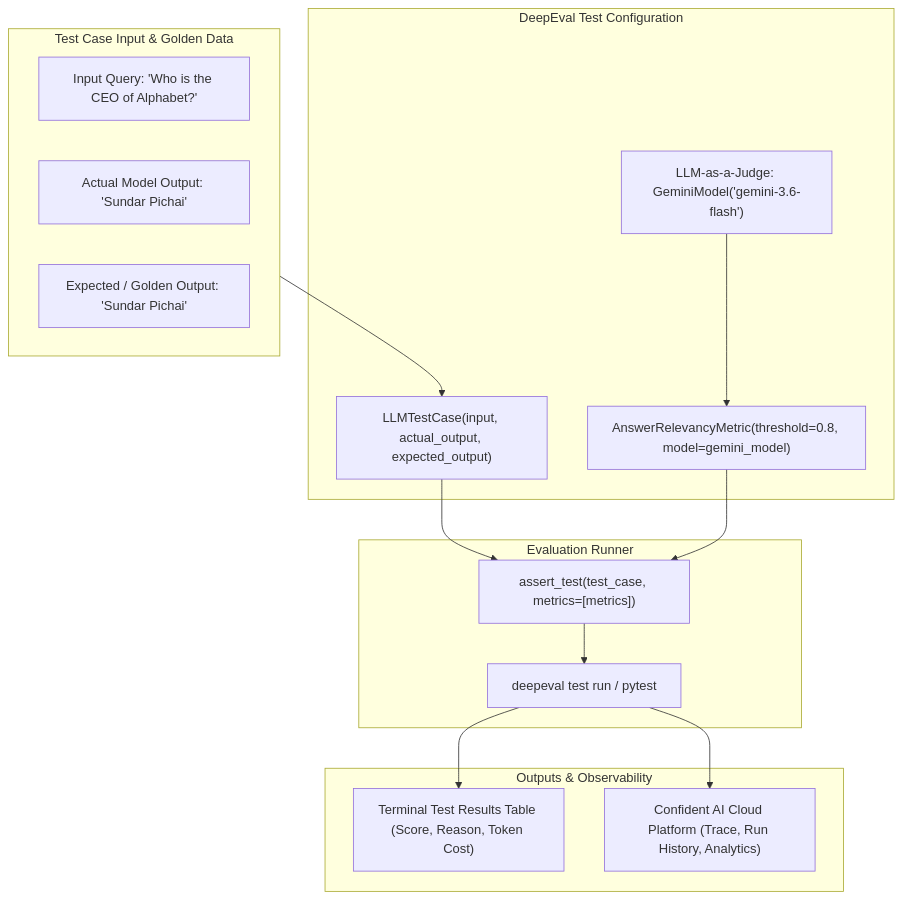
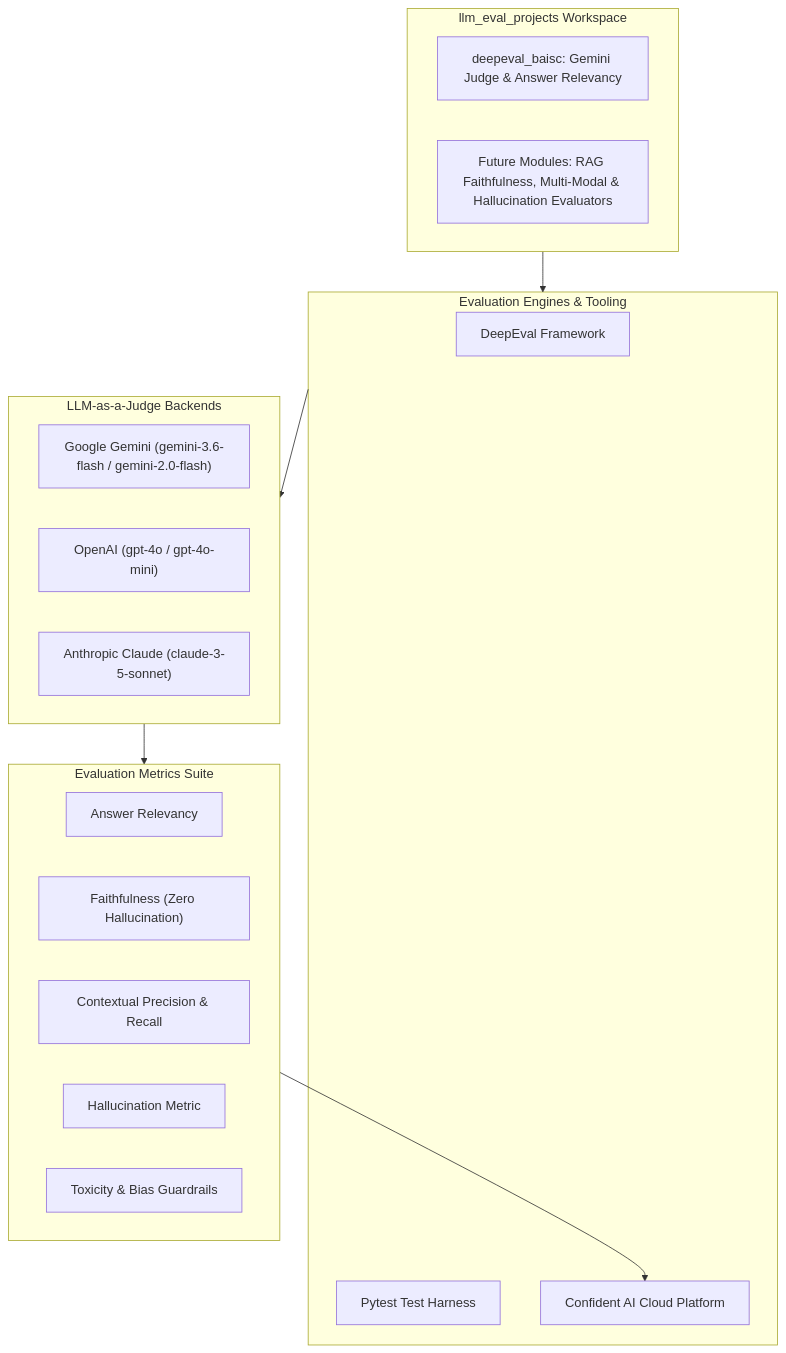
One commit to amithtg-199/AI-Automation-Projects changed the diagram in llm_eval_projects/README.md. Above: the diagram before and after it, drawn with Mermaid. The commit also changed other lines of this file and 1 other file, not shown here.

Commit message:
docs(llm_eval): add parent llm_eval_projects README and independent deepeval_baisc README

````diff
--- a/llm_eval_projects/README.md
+++ b/llm_eval_projects/README.md
@@ -21,32 +31,32 @@
 ```mermaid
 flowchart TD
-    subgraph Inputs ["Test Case Input & Golden Data"]
-        IN["Input Query: 'Who is the CEO of Alphabet?'"]
-        ACT["Actual Model Output: 'Sundar Pichai'"]
-        EXP["Expected / Golden Output: 'Sundar Pichai'"]
+    subgraph Suite ["llm_eval_projects Workspace"]
+        P1["deepeval_baisc: Gemini Judge & Answer Relevancy"]
+        P2["Future Modules: RAG Faithfulness, Multi-Modal & Hallucination Evaluators"]
     end
 
-    subgraph EvalSetup ["DeepEval Test Configuration"]
-        TC["LLMTestCase(input, actual_output, expected_output)"]
-        JUDGE["LLM-as-a-Judge: GeminiModel('gemini-3.6-flash')"]
-        METRIC["AnswerRelevancyMetric(threshold=0.8, model=gemini_model)"]
+    subgraph Frameworks ["Evaluation Engines & Tooling"]
+        DE["DeepEval Framework"]
+        PY["Pytest Test Harness"]
+        CF["Confident AI Cloud Platform"]
     end
 
-    subgraph ExecEngine ["Evaluation Runner"]
-        PYTEST["deepeval test run / pytest"]
-        ASSERT["assert_test(test_case, metrics=[metrics])"]
+    subgraph LLMJudges ["LLM-as-a-Judge Backends"]
+        GEM["Google Gemini (gemini-3.6-flash / gemini-2.0-flash)"]
+        OAI["OpenAI (gpt-4o / gpt-4o-mini)"]
+        CL["Anthropic Claude (claude-3-5-sonnet)"]
     end
 
-    subgraph Reporting ["Outputs & Observability"]
-        TERM["Terminal Test Results Table (Score, Reason, Token Cost)"]
-        CONF["Confident AI Cloud Platform (Trace, Run History, Analytics)"]
+    subgraph Metrics ["Evaluation Metrics Suite"]
+        M1["Answer Relevancy"]
+        M2["Faithfulness (Zero Hallucination)"]
+        M3["Contextual Precision & Recall"]
+        M4["Hallucination Metric"]
+        M5["Toxicity & Bias Guardrails"]
     end
 
-    Inputs --> TC
-    TC --> ASSERT
-    JUDGE --> METRIC
-    METRIC --> ASSERT
-    ASSERT --> PYTEST
-    PYTEST --> TERM
-    PYTEST --> CONF
+    Suite --> Frameworks
+    Frameworks --> LLMJudges
+    LLMJudges --> Metrics
+    Metrics --> CF
 ```
````
